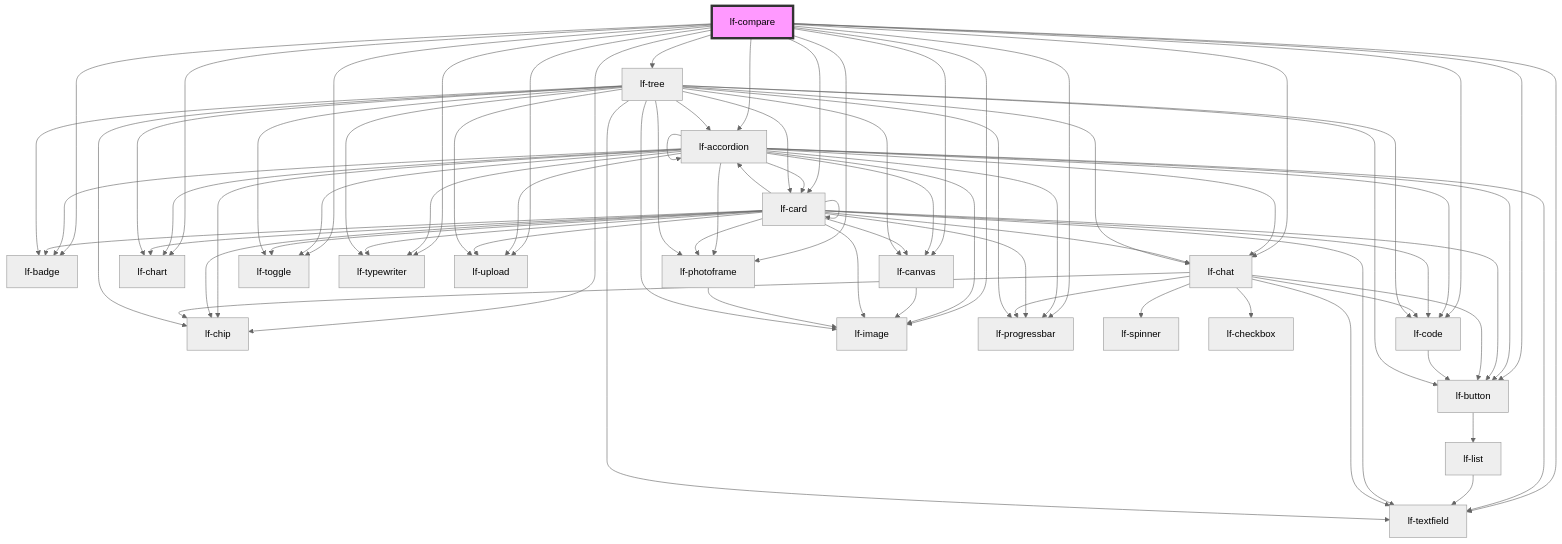
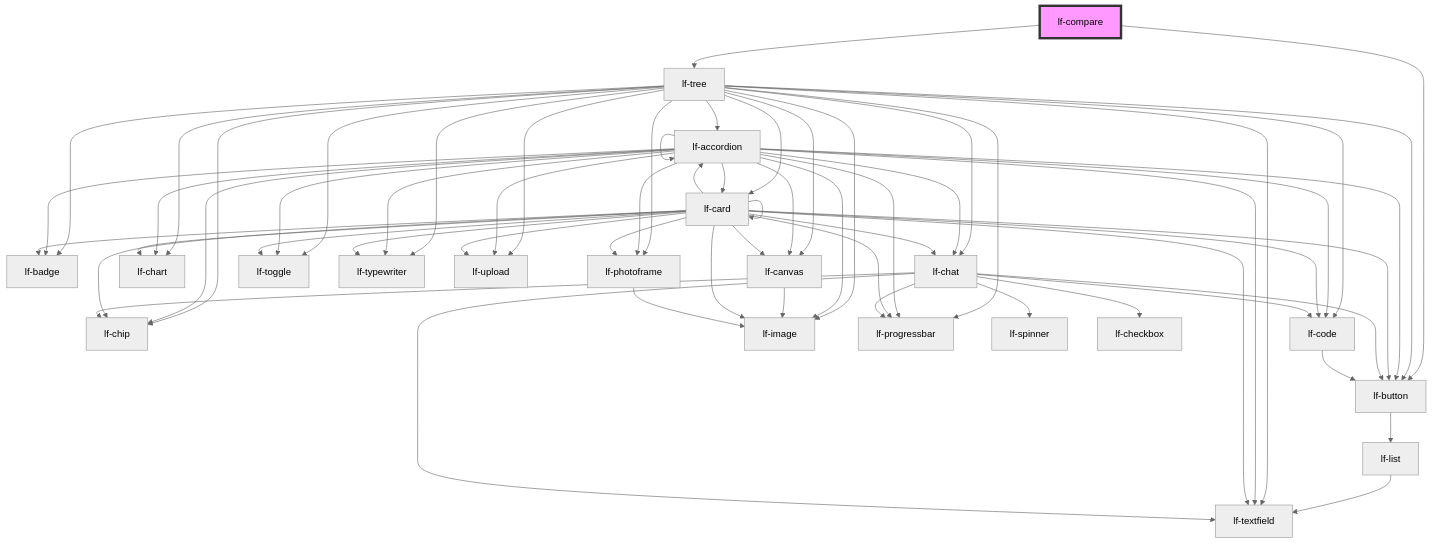
The diagram in packages/core/src/components/lf-compare/readme.md (lucafoscili/lf-widgets), drawn with Mermaid (neutral theme) before and after one commit. The commit also changed other lines of this file and 191 other files, not shown here.

First line of the commit message:
chore: Refactor to functional component architecture for UI

````diff
--- a/packages/core/src/components/lf-compare/readme.md
+++ b/packages/core/src/components/lf-compare/readme.md
@@ -123,81 +110,66 @@
 ```mermaid
 graph TD;
-  lf-compare --> lf-accordion
-  lf-compare --> lf-badge
   lf-compare --> lf-button
-  lf-compare --> lf-canvas
-  lf-compare --> lf-card
-  lf-compare --> lf-chart
-  lf-compare --> lf-chat
-  lf-compare --> lf-chip
-  lf-compare --> lf-code
-  lf-compare --> lf-image
-  lf-compare --> lf-photoframe
-  lf-compare --> lf-progressbar
-  lf-compare --> lf-textfield
-  lf-compare --> lf-toggle
-  lf-compare --> lf-typewriter
-  lf-compare --> lf-upload
   lf-compare --> lf-tree
+  lf-button --> lf-list
+  lf-list --> lf-textfield
+  lf-tree --> lf-textfield
+  lf-tree --> lf-accordion
+  lf-tree --> lf-badge
+  lf-tree --> lf-button
+  lf-tree --> lf-canvas
+  lf-tree --> lf-card
+  lf-tree --> lf-chart
+  lf-tree --> lf-chat
+  lf-tree --> lf-chip
+  lf-tree --> lf-code
+  lf-tree --> lf-image
+  lf-tree --> lf-photoframe
+  lf-tree --> lf-progressbar
+  lf-tree --> lf-toggle
+  lf-tree --> lf-typewriter
+  lf-tree --> lf-upload
   lf-accordion --> lf-accordion
   lf-accordion --> lf-badge
   lf-accordion --> lf-button
   lf-accordion --> lf-canvas
   lf-accordion --> lf-card
   lf-accordion --> lf-chart
   lf-accordion --> lf-chat
   lf-accordion --> lf-chip
   lf-accordion --> lf-code
   lf-accordion --> lf-image
   lf-accordion --> lf-photoframe
   lf-accordion --> lf-progressbar
   lf-accordion --> lf-textfield
   lf-accordion --> lf-toggle
   lf-accordion --> lf-typewriter
   lf-accordion --> lf-upload
-  lf-button --> lf-list
-  lf-list --> lf-textfield
   lf-canvas --> lf-image
   lf-card --> lf-accordion
   lf-card --> lf-badge
   lf-card --> lf-button
   lf-card --> lf-canvas
   lf-card --> lf-card
   lf-card --> lf-chart
   lf-card --> lf-chat
   lf-card --> lf-chip
   lf-card --> lf-code
   lf-card --> lf-image
   lf-card --> lf-photoframe
   lf-card --> lf-progressbar
   lf-card --> lf-textfield
   lf-card --> lf-toggle
   lf-card --> lf-typewriter
   lf-card --> lf-upload
   lf-chat --> lf-chip
   lf-chat --> lf-button
   lf-chat --> lf-textfield
   lf-chat --> lf-spinner
   lf-chat --> lf-code
   lf-chat --> lf-progressbar
   lf-chat --> lf-checkbox
   lf-code --> lf-button
   lf-photoframe --> lf-image
-  lf-tree --> lf-textfield
-  lf-tree --> lf-accordion
-  lf-tree --> lf-badge
-  lf-tree --> lf-button
-  lf-tree --> lf-canvas
-  lf-tree --> lf-card
-  lf-tree --> lf-chart
-  lf-tree --> lf-chat
-  lf-tree --> lf-chip
-  lf-tree --> lf-code
-  lf-tree --> lf-image
-  lf-tree --> lf-photoframe
-  lf-tree --> lf-progressbar
-  lf-tree --> lf-toggle
-  lf-tree --> lf-typewriter
-  lf-tree --> lf-upload
   style lf-compare fill:#f9f,stroke:#333,stroke-width:4px
 ```
````
